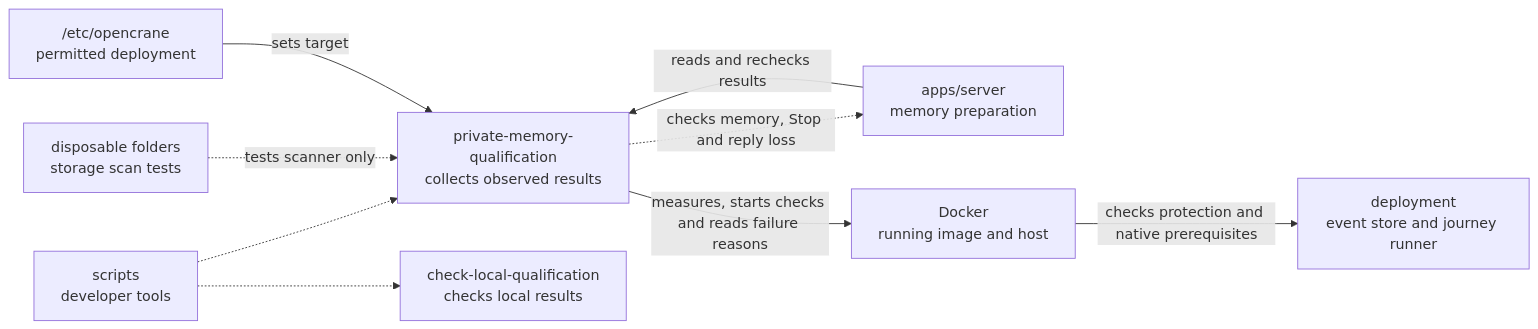
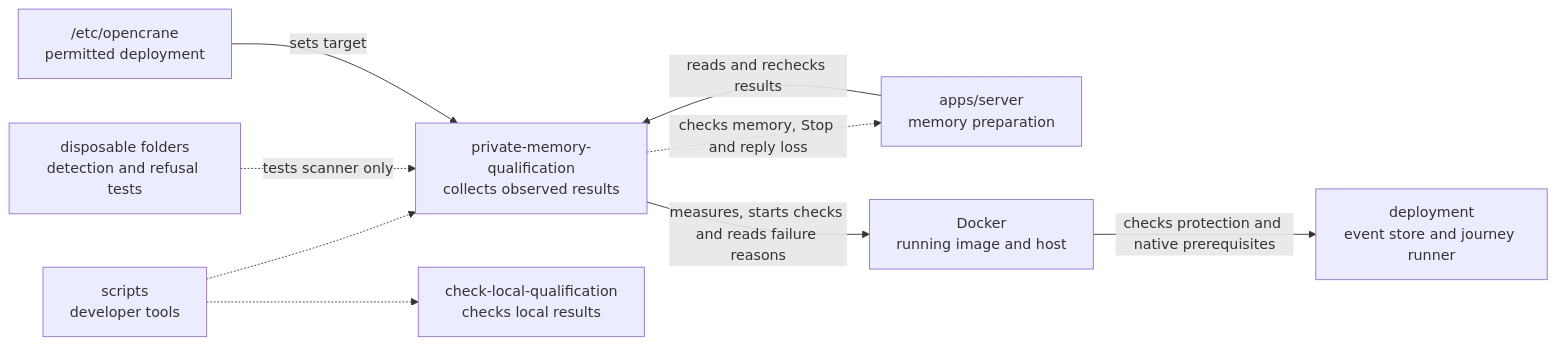
The diagram in scripts/private-memory-qualification/README.md (elewa-git/opencrane-new), drawn with Mermaid before and after one commit. The commit also changed other lines of this file and 5 other files, not shown here.

````diff
--- a/scripts/private-memory-qualification/README.md
+++ b/scripts/private-memory-qualification/README.md
@@ -18,11 +18,11 @@
 ```mermaid
 flowchart LR
   scripts["scripts<br/>developer tools"] -.-> collector["private-memory-qualification<br/>collects observed results"]
-  fixtures["disposable folders<br/>storage scan tests"] -.->|tests scanner only| collector
+  fixtures["disposable folders<br/>detection and refusal tests"] -.->|tests scanner only| collector
   scripts -.-> sibling["check-local-qualification<br/>checks local results"]
   server["apps/server<br/>memory preparation"] -->|reads and rechecks results| collector
   collector -.->|checks memory, Stop and reply loss| server
   config["/etc/opencrane<br/>permitted deployment"] -->|sets target| collector
   collector -->|measures, starts checks and reads failure reasons| docker["Docker<br/>running image and host"]
   docker -->|checks protection and native prerequisites| deployment["deployment<br/>event store and journey runner"]
 ```
````
